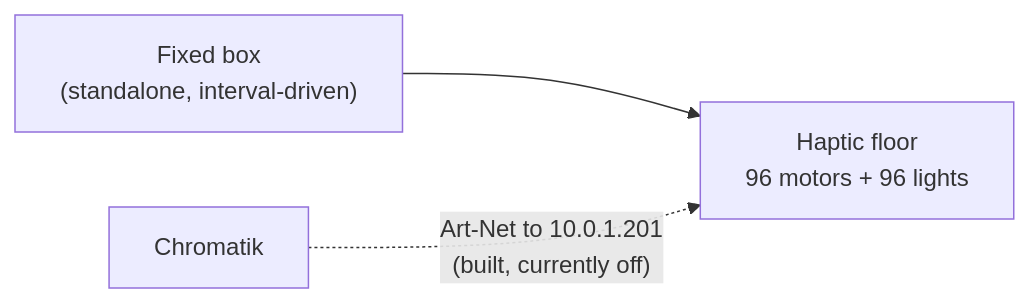
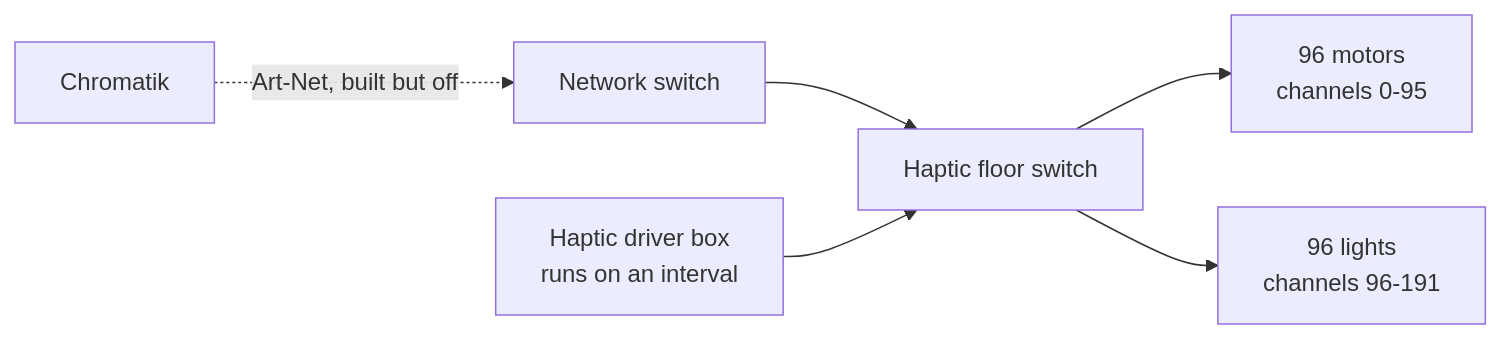
One commit to Apotheneum/Apotheneum changed the diagram in docs/infrastructure/haptics.md. Above: the diagram before and after it, drawn with Mermaid. The commit also changed other lines of this file and 2 other files, not shown here.

First line of the commit message:
Haptic floor is on the network via its own switch

````diff
--- a/docs/infrastructure/haptics.md
+++ b/docs/infrastructure/haptics.md
@@ -11,5 +18,8 @@
 ```mermaid
 flowchart LR
-    BOX["Fixed box<br>(standalone, interval-driven)"] --> FLOOR["Haptic floor<br>96 motors + 96 lights"]
-    CHR["Chromatik"] -.->|"Art-Net to 10.0.1.201<br>(built, currently off)"| FLOOR
+    SW["Network switch"] --> HSW["Haptic floor switch"]
+    BOX["Haptic driver box<br>runs on an interval"] --> HSW
+    HSW --> MOT["96 motors<br>channels 0-95"]
+    HSW --> LGT["96 lights<br>channels 96-191"]
+    CHR["Chromatik"] -.->|"Art-Net, built but off"| SW
 ```
````
